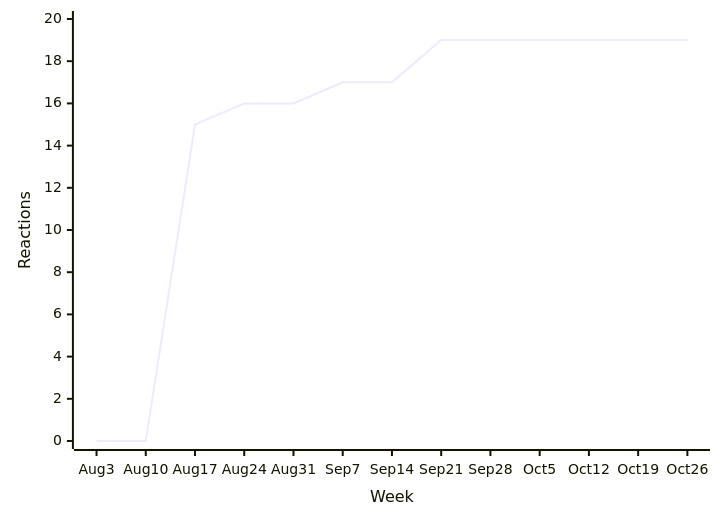
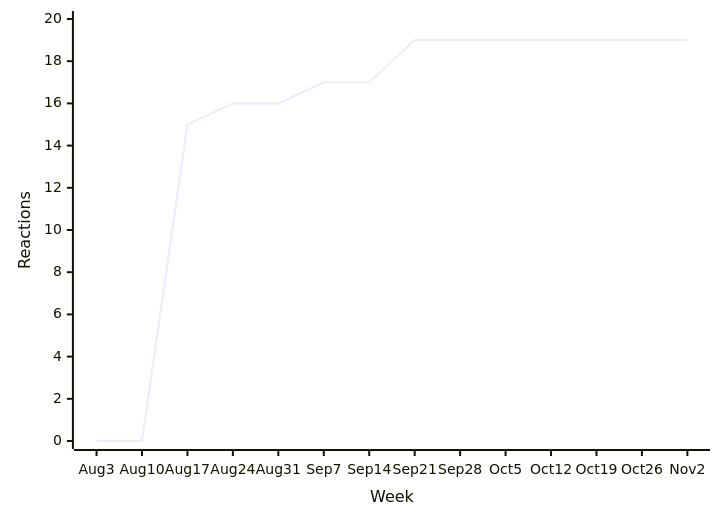
One commit to loic-sharma/github-insights changed the eighth of 38 diagrams in README.md. Above: the diagram before and after it, drawn with Mermaid. The commit also changed other lines of this file and 3 other files, not shown here.

````diff
--- a/README.md
+++ b/README.md
@@ -443,6 +443,6 @@
   ```mermaid
   xychart-beta
-    x-axis "Week" [Aug 3, Aug 10, Aug 17, Aug 24, Aug 31, Sep 7, Sep 14, Sep 21, Sep 28, Oct 5, Oct 12, Oct 19, Oct 26]
+    x-axis "Week" [Aug 3, Aug 10, Aug 17, Aug 24, Aug 31, Sep 7, Sep 14, Sep 21, Sep 28, Oct 5, Oct 12, Oct 19, Oct 26, Nov 2]
     y-axis "Reactions" 0 --> 20
-    line [0, 0, 15, 16, 16, 17, 17, 19, 19, 19, 19, 19, 19]
+    line [0, 0, 15, 16, 16, 17, 17, 19, 19, 19, 19, 19, 19, 19]
   ```
````
